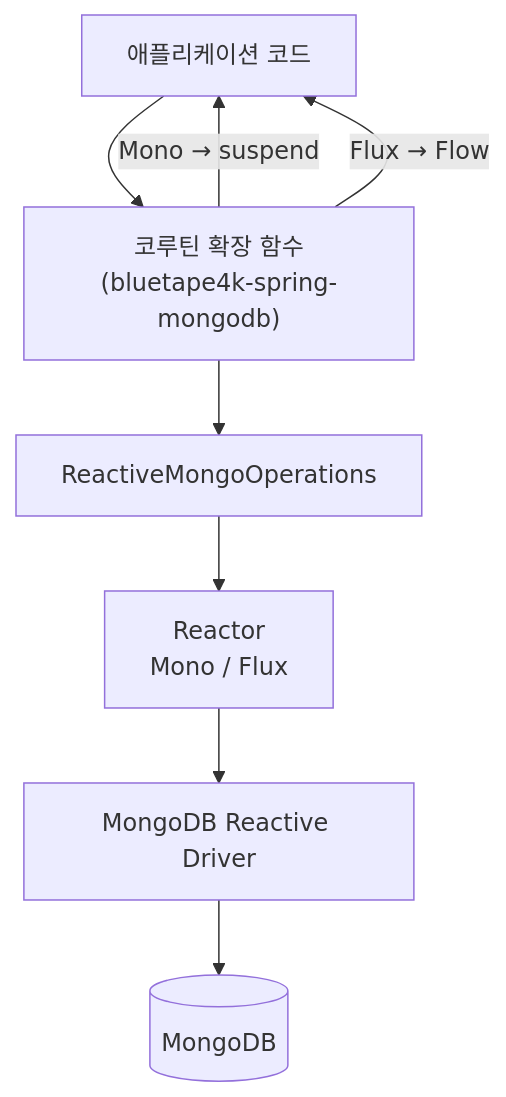
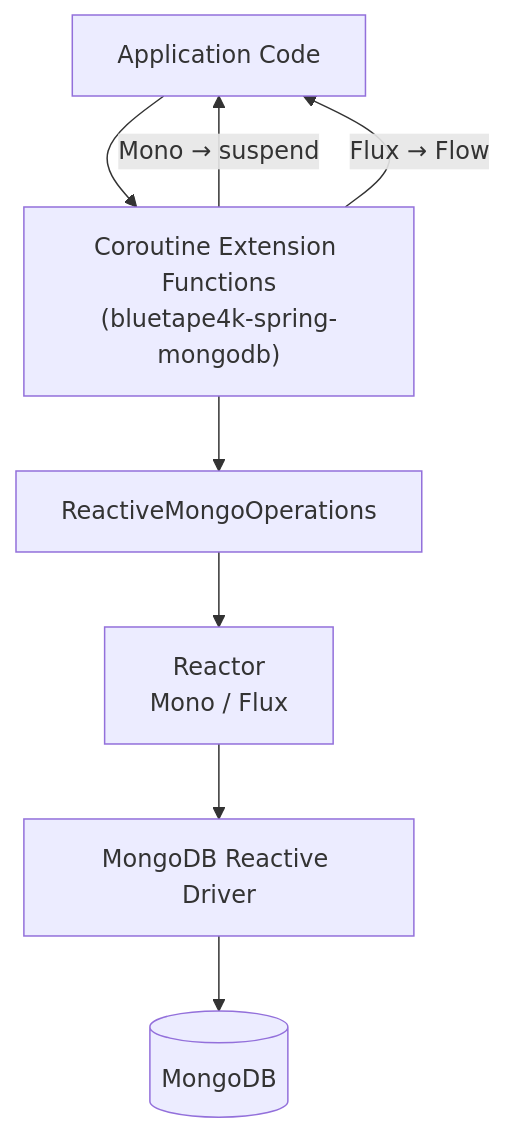
The second of 4 diagrams in spring-boot3/mongodb/README.md (bluetape4k/bluetape4k-projects), drawn with Mermaid before and after one commit. The commit also changed other lines of this file and 265 other files, not shown here.

````diff
--- a/spring-boot3/mongodb/README.md
+++ b/spring-boot3/mongodb/README.md
@@ -269,10 +269,10 @@
 ```mermaid
 flowchart TD
-    App["애플리케이션 코드"] --> Ext["코루틴 확장 함수<br/>(bluetape4k-spring-mongodb)"]
+    App["Application Code"] --> Ext["Coroutine Extension Functions<br/>(bluetape4k-spring-mongodb)"]
     Ext --> ROps["ReactiveMongoOperations"]
     ROps --> Reactor["Reactor<br/>Mono / Flux"]
     Reactor --> Driver["MongoDB Reactive Driver"]
     Driver --> MongoDB[("MongoDB")]
     Ext -- "Mono → suspend" --> App
     Ext -- "Flux → Flow" --> App
 ```
````
